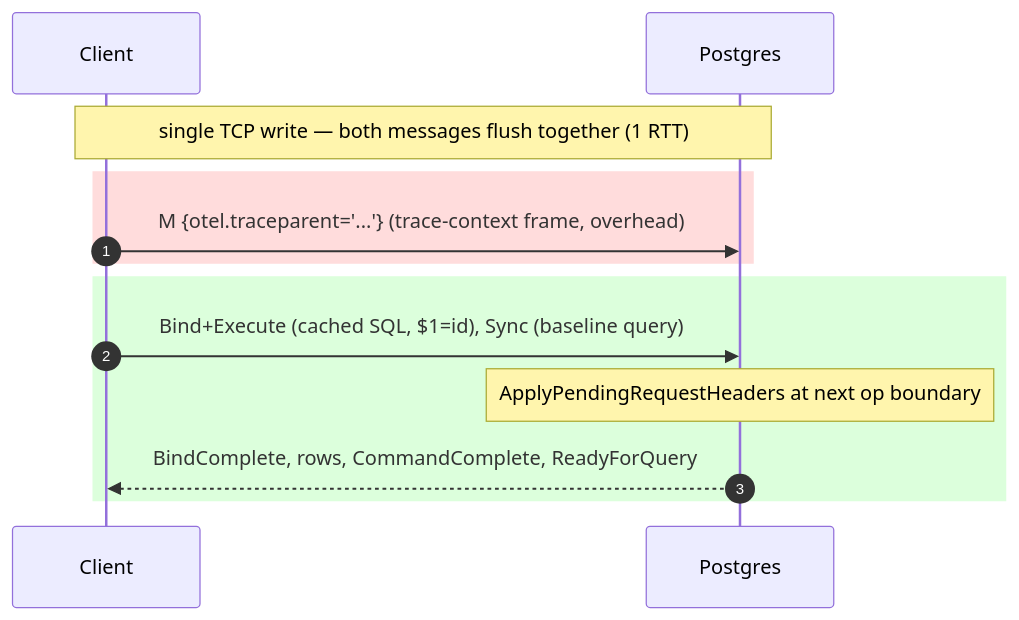
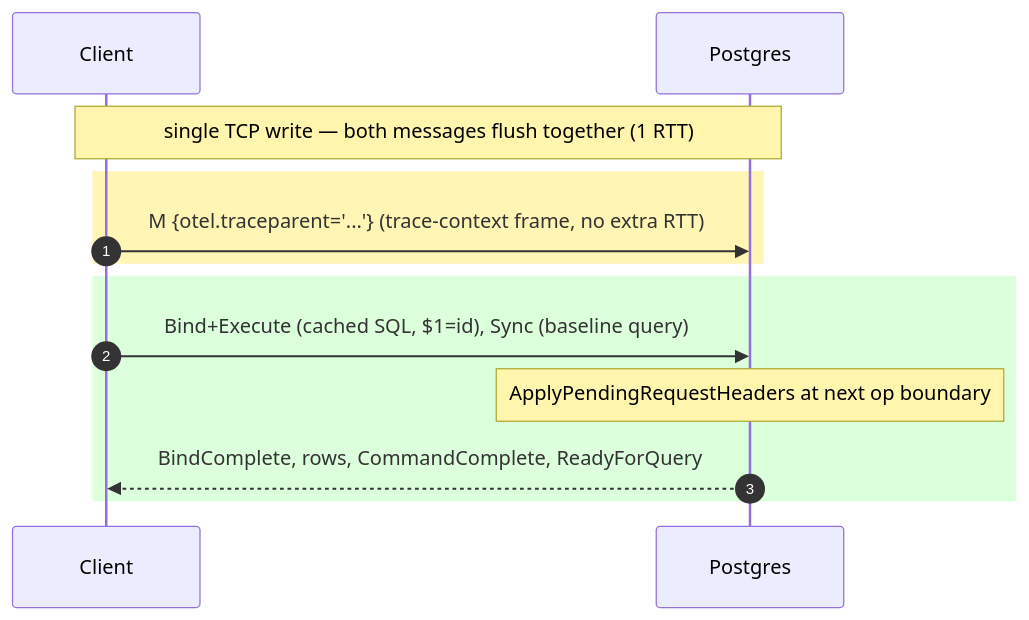
The sixth of 6 diagrams in README.md (ringerc/postgres_otel_tracing_bench), drawn with Mermaid before and after one commit. The commit also changed other lines of this file, not shown here.

First line of the commit message:
README: distinguish RTT-adding overhead (red) from in-RTT overhead (yellow)

````diff
--- a/README.md
+++ b/README.md
@@ -333,15 +343,15 @@
 ```mermaid
 sequenceDiagram
     autonumber
     participant C as Client
     participant S as Postgres
     Note over C,S: single TCP write — both messages flush together (1 RTT)
-    rect rgb(255,220,220)
-    C->>S: M {otel.traceparent='...'} (trace-context frame, overhead)
+    rect rgb(255,245,180)
+    C->>S: M {otel.traceparent='...'} (trace-context frame, no extra RTT)
     end
     rect rgb(220,255,220)
     C->>S: Bind+Execute (cached SQL, $1=id), Sync (baseline query)
     Note over S: ApplyPendingRequestHeaders at next op boundary
     S-->>C: BindComplete, rows, CommandComplete, ReadyForQuery
     end
 ```
````
